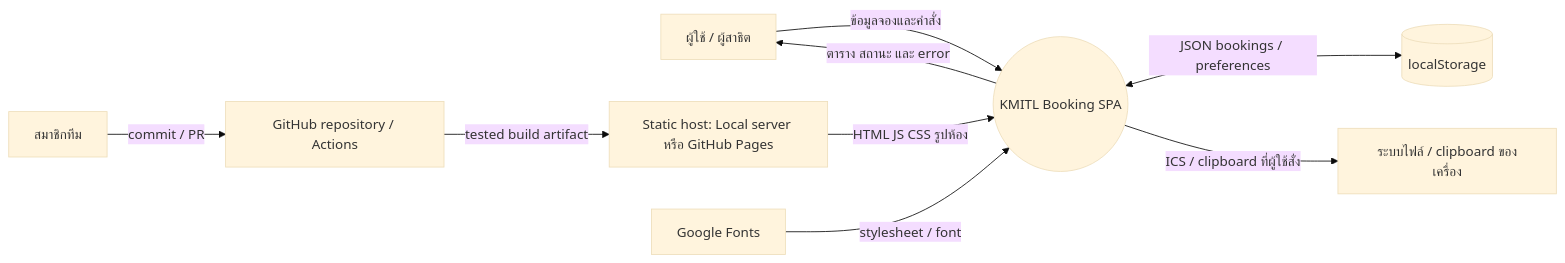
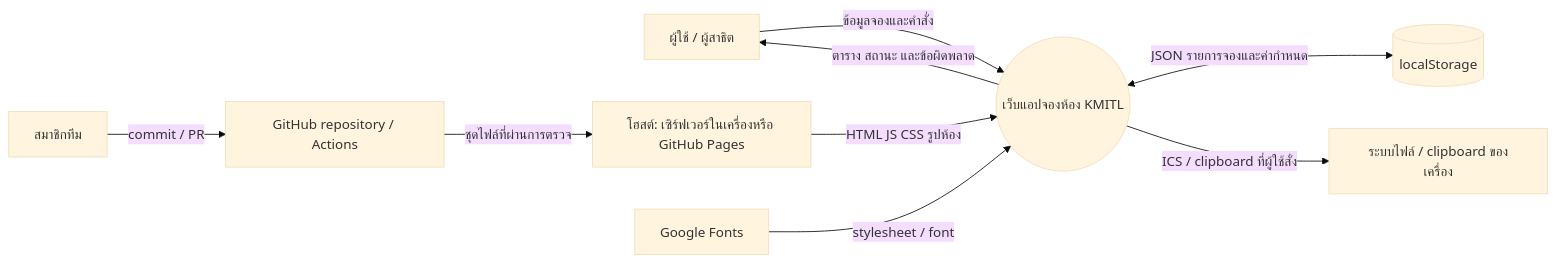
The first of 3 diagrams in docs/threat-model.md (Pootanapat/smart-campus-booking), drawn with Mermaid (base theme) before and after one commit. The commit also changed other lines of this file and 53 other files, not shown here.

````diff
--- a/docs/threat-model.md
+++ b/docs/threat-model.md
@@ -25,11 +25,11 @@
 ```mermaid
 flowchart LR
-  U[ผู้ใช้ / ผู้สาธิต] -->|ข้อมูลจองและคำสั่ง| APP((KMITL Booking SPA))
-  APP -->|ตาราง สถานะ และ error| U
-  APP <-->|JSON bookings / preferences| LS[(localStorage)]
+  U[ผู้ใช้ / ผู้สาธิต] -->|ข้อมูลจองและคำสั่ง| APP((เว็บแอปจองห้อง KMITL))
+  APP -->|ตาราง สถานะ และข้อผิดพลาด| U
+  APP <-->|JSON รายการจองและค่ากำหนด| LS[(localStorage)]
   APP -->|ICS / clipboard ที่ผู้ใช้สั่ง| FILE[ระบบไฟล์ / clipboard ของเครื่อง]
-  HOST[Static host: Local server หรือ GitHub Pages] -->|HTML JS CSS รูปห้อง| APP
+  HOST[โฮสต์: เซิร์ฟเวอร์ในเครื่องหรือ GitHub Pages] -->|HTML JS CSS รูปห้อง| APP
   FONT[Google Fonts] -->|stylesheet / font| APP
   TEAM[สมาชิกทีม] -->|commit / PR| GH[GitHub repository / Actions]
-  GH -->|tested build artifact| HOST
+  GH -->|ชุดไฟล์ที่ผ่านการตรวจ| HOST
 ```
````
